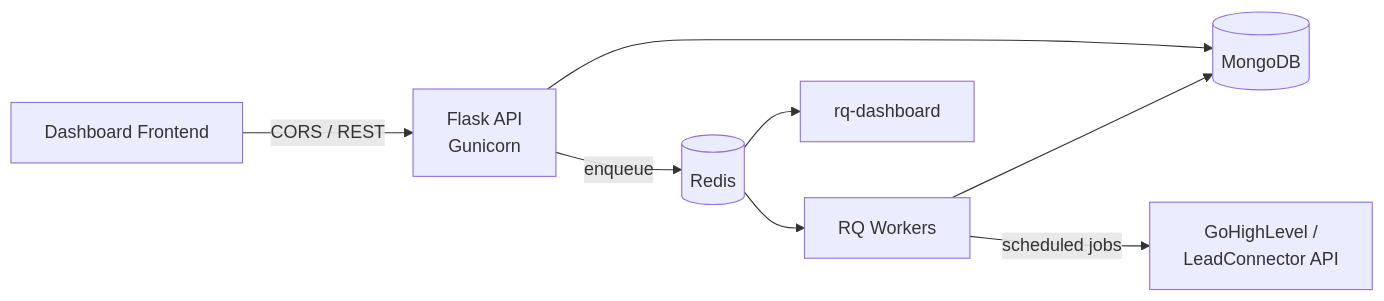
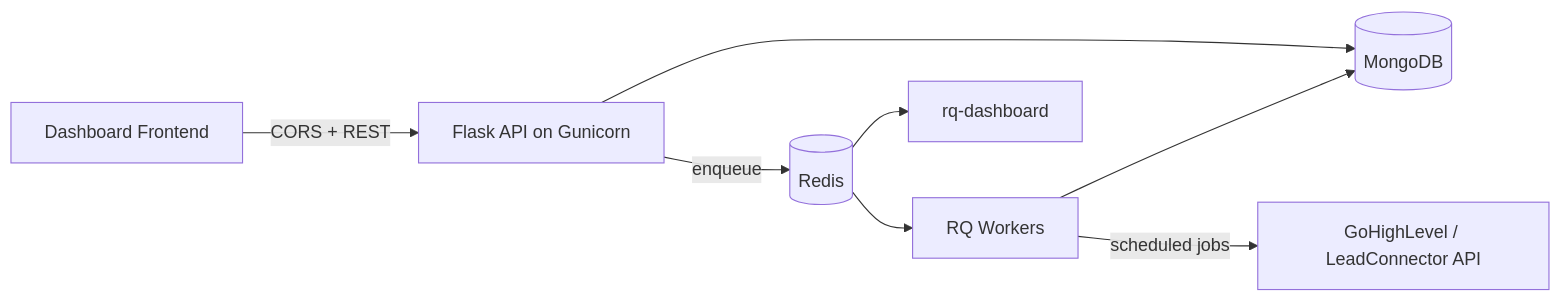
The diagram in README.md (Ayaz-Ahmad1/Ayaz-Ahmad1), drawn with Mermaid before and after one commit.

Commit message:
Fix the architecture diagram so GitHub renders it

````diff
--- a/README.md
+++ b/README.md
@@ -158,10 +158,10 @@
 ```mermaid
 flowchart LR
-    UI[Dashboard Frontend] -- CORS / REST --> API[Flask API<br/>Gunicorn]
-    API --> DB[(MongoDB)]
-    API -- enqueue --> Q[(Redis)]
-    Q --> W[RQ Workers]
-    W -- scheduled jobs --> GHL[GoHighLevel /<br/>LeadConnector API]
+    UI["Dashboard Frontend"] -->|"CORS + REST"| API["Flask API on Gunicorn"]
+    API --> DB[("MongoDB")]
+    API -->|"enqueue"| Q[("Redis")]
+    Q --> W["RQ Workers"]
+    W -->|"scheduled jobs"| GHL["GoHighLevel / LeadConnector API"]
     W --> DB
-    Q --> MON[rq-dashboard]
+    Q --> MON["rq-dashboard"]
 ```
````
